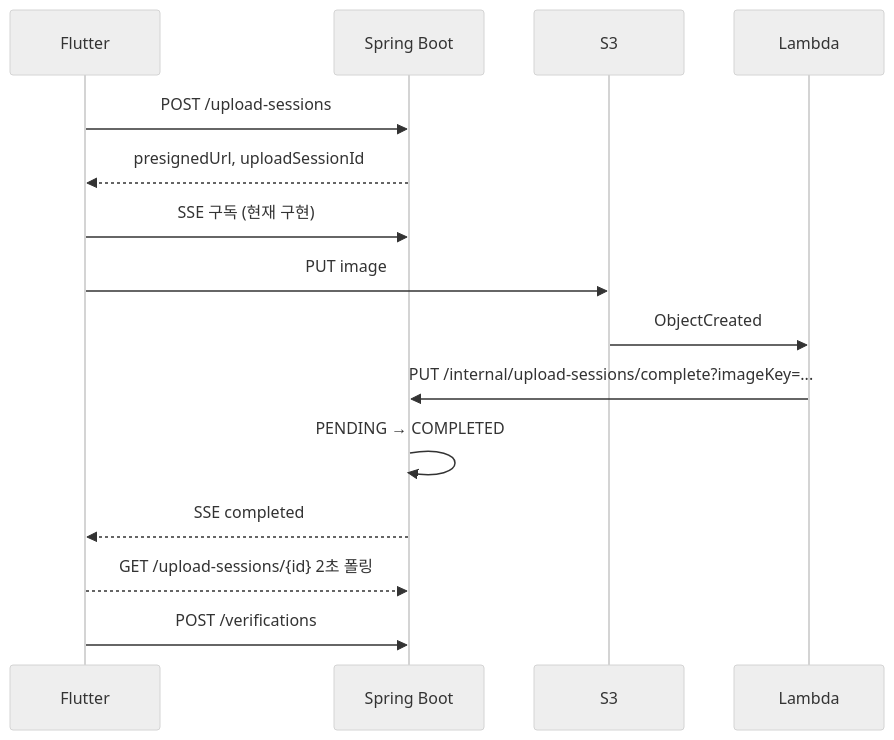
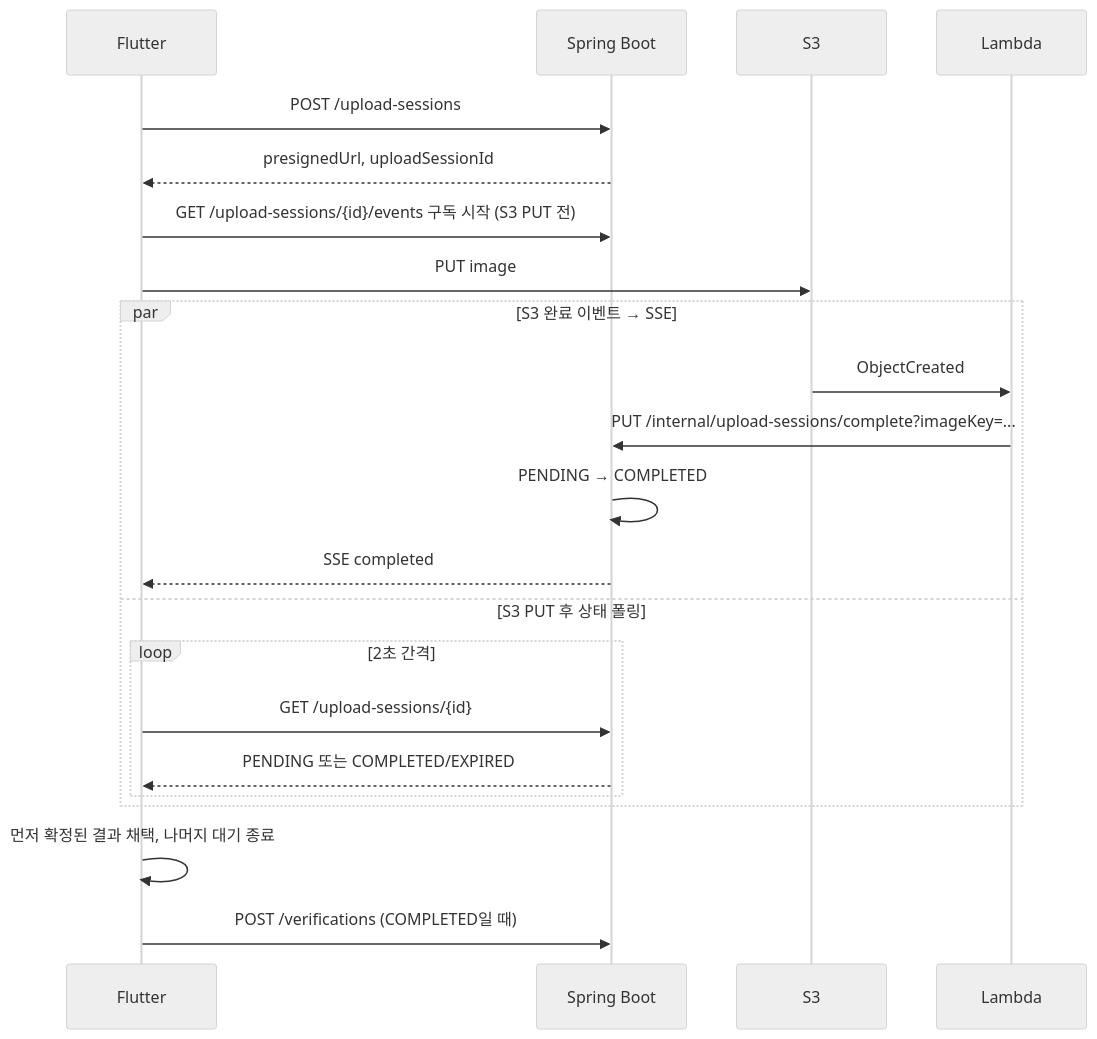
Before and after one commit to JianYang98/TriAgain: the third of 3 diagrams in docs/spec/architecture.md, drawn with Mermaid (neutral theme). The commit also changed other lines of this file, not shown here.

Commit message:
docs: 업로드 SSE·폴링 병렬 흐름과 구현 상태 정정

````diff
--- a/docs/spec/architecture.md
+++ b/docs/spec/architecture.md
@@ -221,18 +221,25 @@
 ```mermaid
 sequenceDiagram
     participant FE as Flutter
     participant BE as Spring Boot
     participant S3 as S3
     participant L as Lambda
 
     FE->>BE: POST /upload-sessions
     BE-->>FE: presignedUrl, uploadSessionId
-    FE->>BE: SSE 구독 (현재 구현)
+    FE->>BE: GET /upload-sessions/{id}/events 구독 시작 (S3 PUT 전)
     FE->>S3: PUT image
-    S3->>L: ObjectCreated
-    L->>BE: PUT /internal/upload-sessions/complete?imageKey=...
-    BE->>BE: PENDING → COMPLETED
-    BE-->>FE: SSE completed
-    FE-->>BE: GET /upload-sessions/{id} 2초 폴링
-    FE->>BE: POST /verifications
+    par S3 완료 이벤트 → SSE
+        S3->>L: ObjectCreated
+        L->>BE: PUT /internal/upload-sessions/complete?imageKey=...
+        BE->>BE: PENDING → COMPLETED
+        BE-->>FE: SSE completed
+    and S3 PUT 후 상태 폴링
+        loop 2초 간격
+            FE->>BE: GET /upload-sessions/{id}
+            BE-->>FE: PENDING 또는 COMPLETED/EXPIRED
+        end
+    end
+    FE->>FE: 먼저 확정된 결과 채택, 나머지 대기 종료
+    FE->>BE: POST /verifications (COMPLETED일 때)
 ```
````
